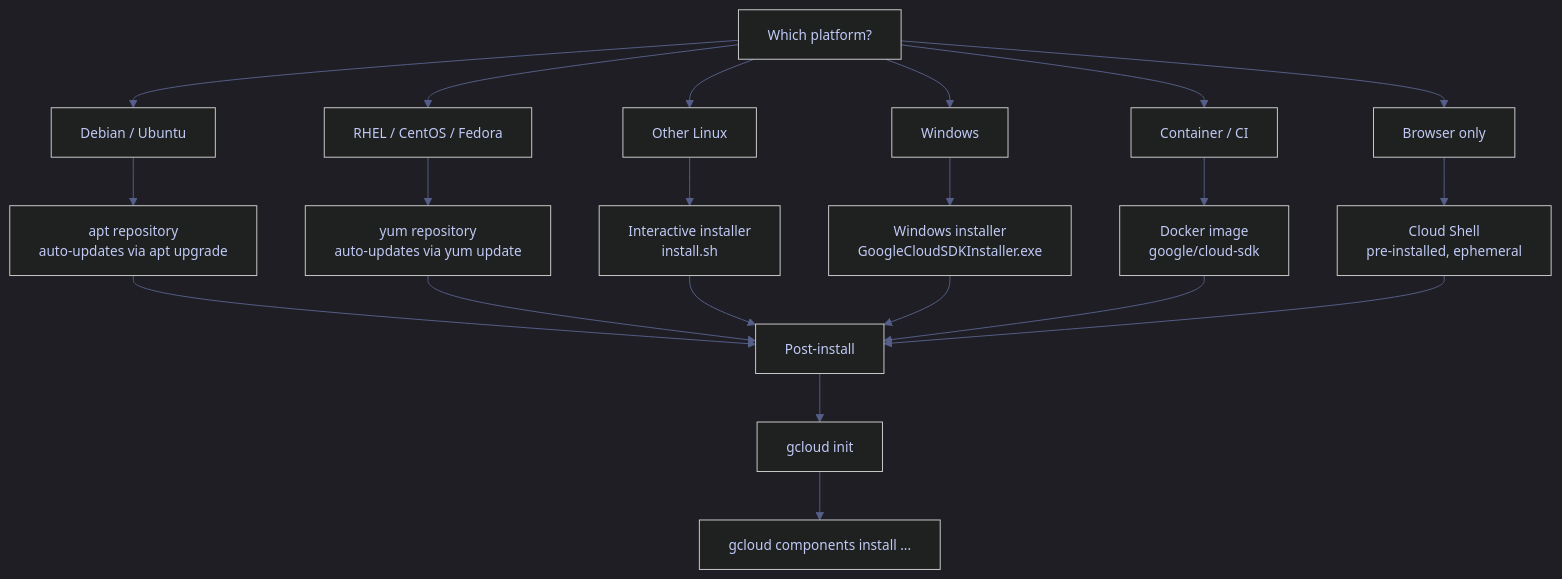
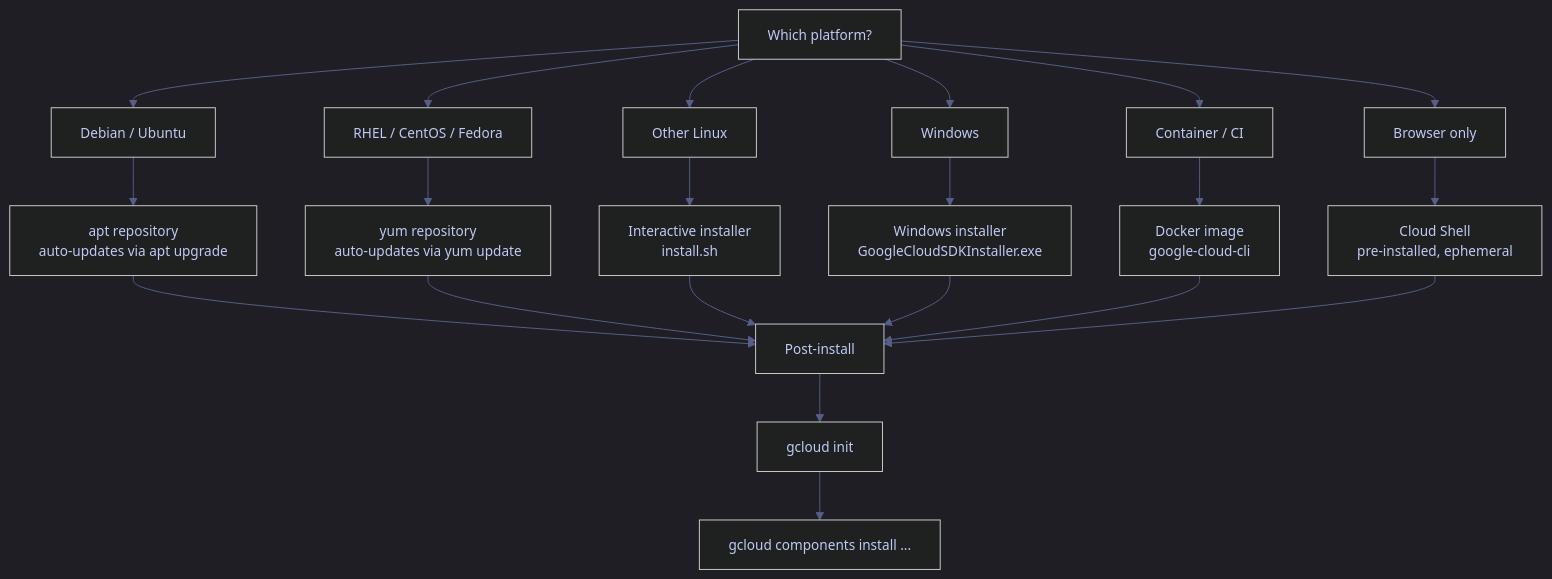
Before and after one commit to alp78/elysium: the diagram in content/06-GCP/01-Core/00-gcloud-cli-setup.md, drawn with Mermaid. The commit also changed other lines of this file and 96 other files, not shown here.

````diff
--- a/content/06-GCP/01-Core/00-gcloud-cli-setup.md
+++ b/content/06-GCP/01-Core/00-gcloud-cli-setup.md
@@ -222,49 +224,49 @@
 ```mermaid
 %%{init: {'theme': 'dark', 'themeVariables': {
   'primaryColor': '#292e42',
   'primaryTextColor': '#c0caf5',
   'primaryBorderColor': '#565f89',
   'lineColor': '#565f89',
   'secondaryColor': '#1a1b26',
   'tertiaryColor': '#24283b',
   'noteTextColor': '#c0caf5',
   'noteBkgColor': '#292e42',
   'textColor': '#c0caf5',
   'fontSize': '14px'
 }}}%%
 flowchart TD
     START["Which platform?"]
     DEBIAN["Debian / Ubuntu"]
     RHEL["RHEL / CentOS / Fedora"]
     OTHERLINUX["Other Linux"]
     WIN["Windows"]
     DOCKER["Container / CI"]
     BROWSER["Browser only"]
 
     APT["apt repository<br>auto-updates via apt upgrade"]
     YUM["yum repository<br>auto-updates via yum update"]
     INTERACTIVE["Interactive installer<br>install.sh"]
     WININSTALL["Windows installer<br>GoogleCloudSDKInstaller.exe"]
-    DOCKERIMG["Docker image<br>google/cloud-sdk"]
+    DOCKERIMG["Docker image<br>google-cloud-cli"]
     CLOUDSHELL["Cloud Shell<br>pre-installed, ephemeral"]
 
     POST["Post-install"]
     INIT["gcloud init"]
     COMPONENTS["gcloud components install ..."]
 
     START --> DEBIAN --> APT
     START --> RHEL --> YUM
     START --> OTHERLINUX --> INTERACTIVE
     START --> WIN --> WININSTALL
     START --> DOCKER --> DOCKERIMG
     START --> BROWSER --> CLOUDSHELL
 
     APT --> POST
     YUM --> POST
     INTERACTIVE --> POST
     WININSTALL --> POST
     DOCKERIMG --> POST
     CLOUDSHELL --> POST
 
     POST --> INIT --> COMPONENTS
 ```
````
